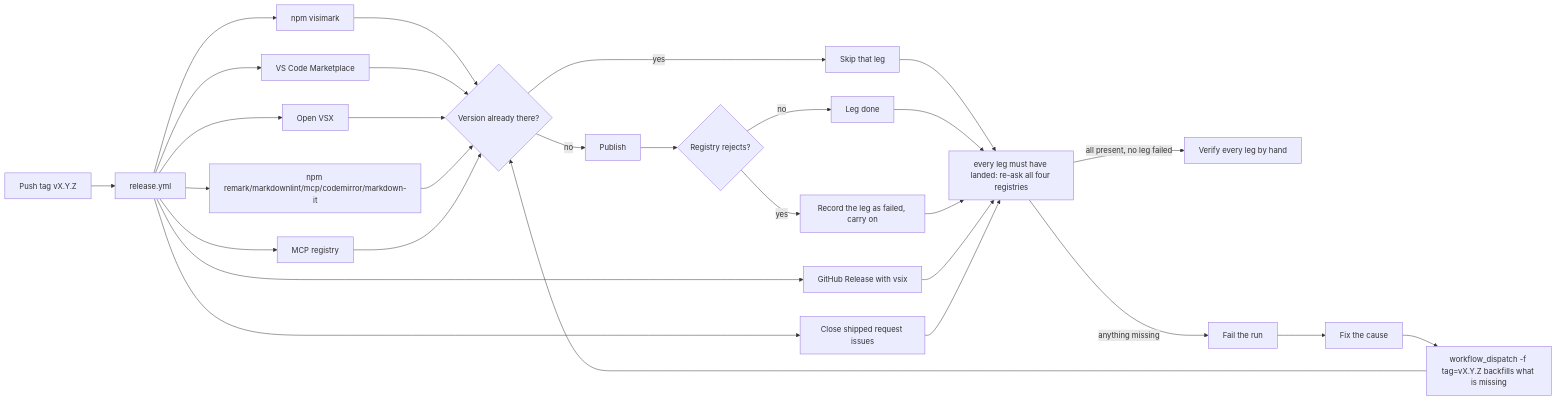
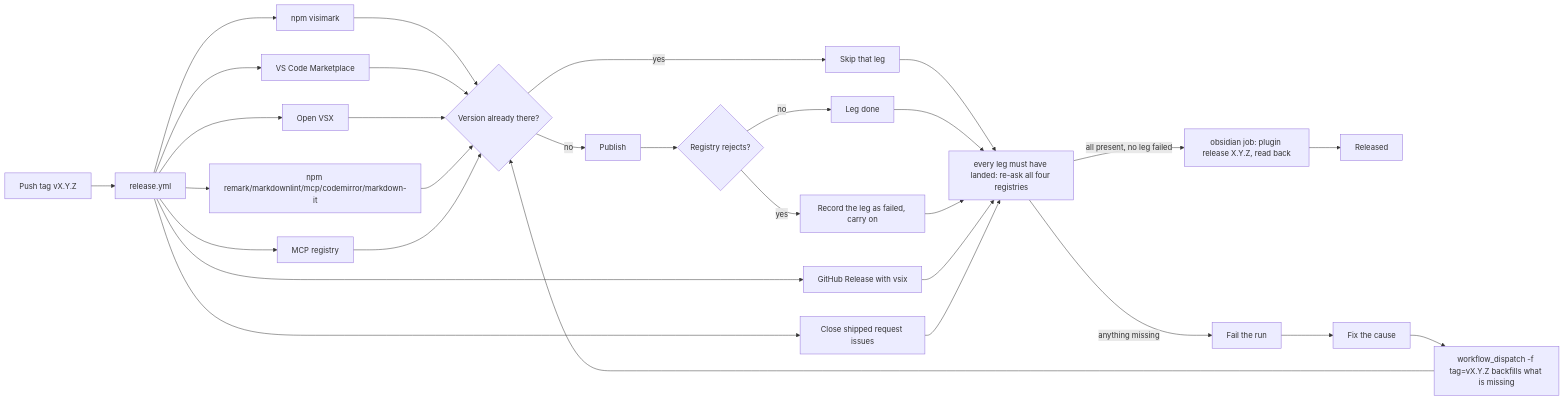
One commit to michal-niedzwiedzki/visimark changed the first of 2 diagrams in docs/releasing.md. Above: the diagram before and after it, drawn with Mermaid. The commit also changed other lines of this file and 5 other files, not shown here.

````diff
--- a/docs/releasing.md
+++ b/docs/releasing.md
@@ -54,31 +59,32 @@
 ```mermaid
 flowchart LR
   tag[Push tag vX.Y.Z] --> run[release.yml]
   run --> npm[npm visimark]
   run --> npmplugins[npm remark/markdownlint/mcp/codemirror/markdown-it]
   run --> mcpreg[MCP registry]
   run --> vsce[VS Code Marketplace]
   run --> ovsx[Open VSX]
   run --> ghrel[GitHub Release with vsix]
   run --> closeIss[Close shipped request issues]
   npm --> present{"Version already there?"}
   vsce --> present
   ovsx --> present
   npmplugins --> present
   mcpreg --> present
   present -->|yes| skip[Skip that leg]
   present -->|no| pub[Publish]
   pub --> rejected{"Registry rejects?"}
   rejected -->|yes| legfail[Record the leg as failed, carry on]
   rejected -->|no| ok[Leg done]
   skip --> gate["every leg must have landed: re-ask all four registries"]
   ok --> gate
   legfail --> gate
   ghrel --> gate
   closeIss --> gate
-  gate -->|all present, no leg failed| verify[Verify every leg by hand]
+  gate -->|all present, no leg failed| plugin["obsidian job: plugin release X.Y.Z, read back"]
+  plugin --> done[Released]
   gate -->|anything missing| fail[Fail the run]
   fail --> fix[Fix the cause]
   fix --> dispatch["workflow_dispatch -f tag=vX.Y.Z backfills what is missing"]
   dispatch --> present
 ```
````
